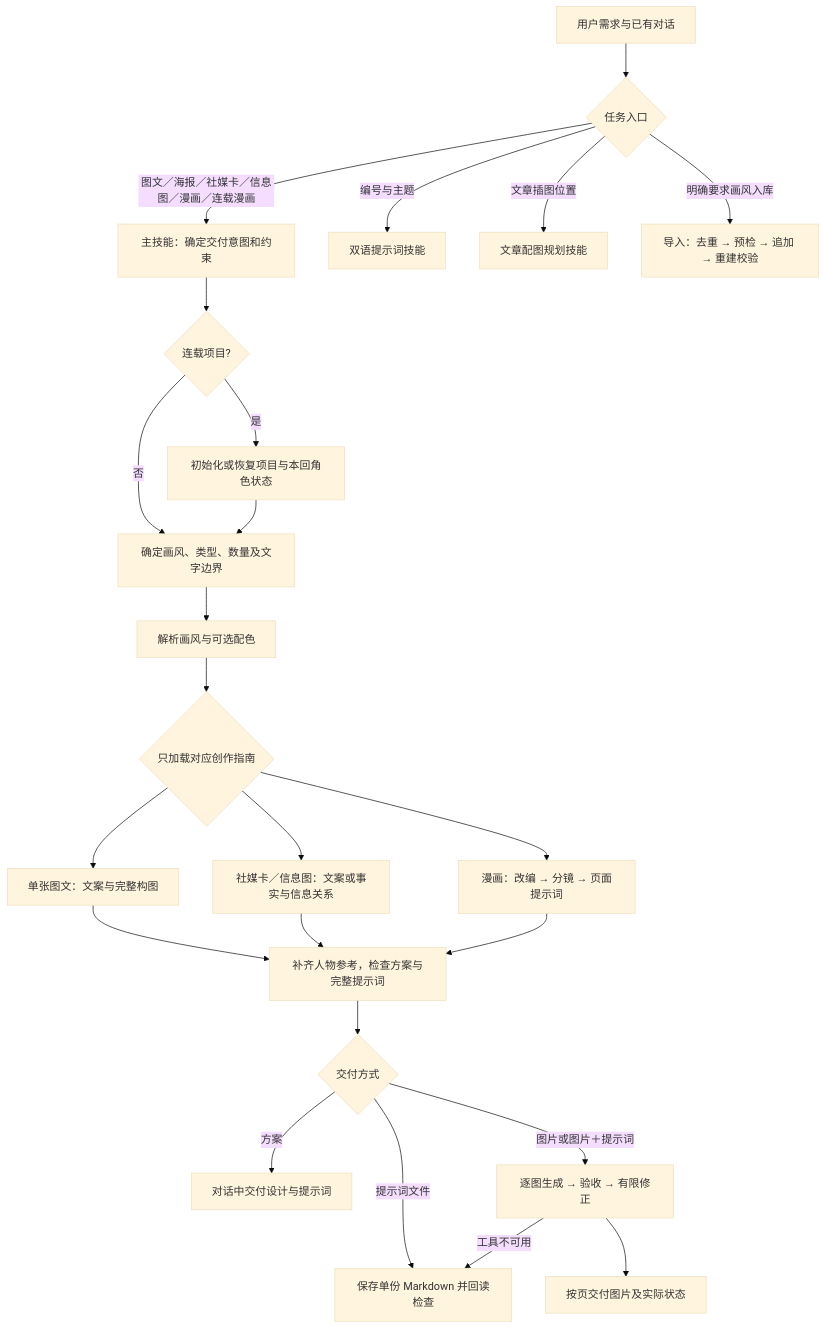
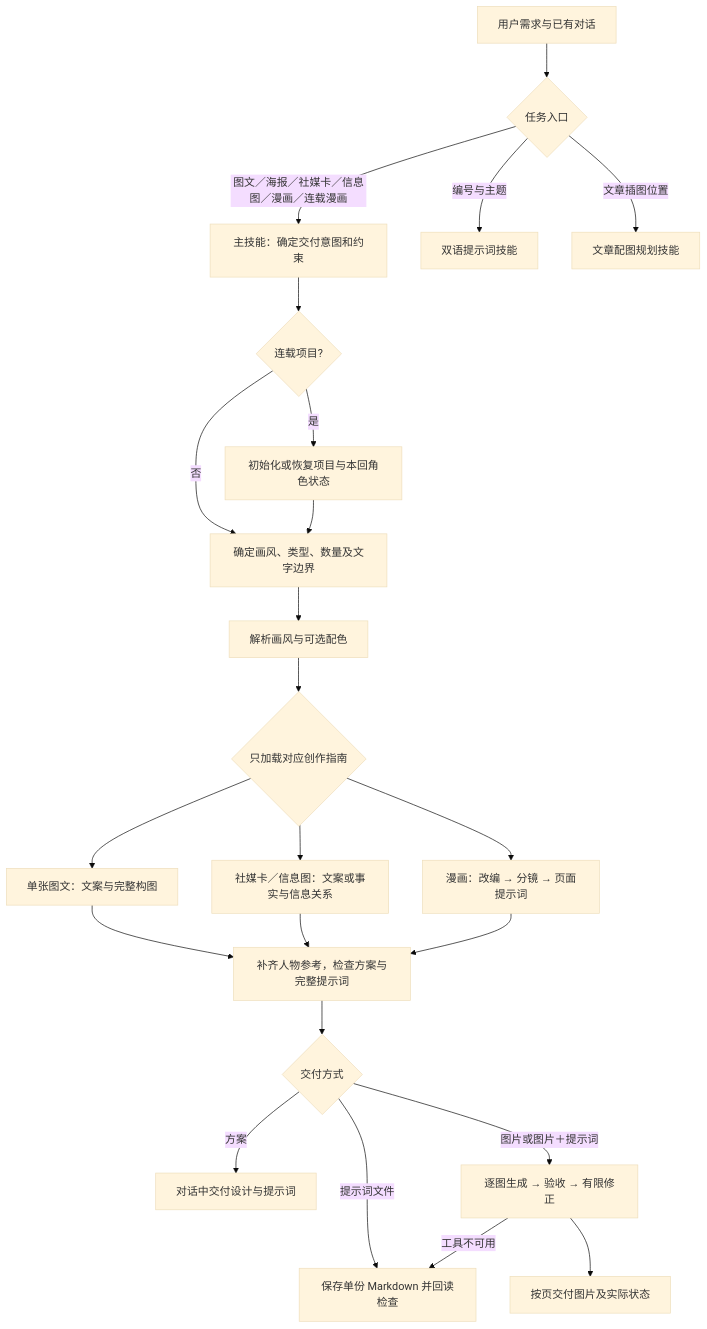
Before and after one commit to koogg/story-to-handdraw-comic: the diagram in README.md, drawn with Mermaid (base theme). The commit also changed other lines of this file and 245 other files, not shown here.

````diff
--- a/README.md
+++ b/README.md
@@ -19,26 +18,25 @@
 ```mermaid
 flowchart TD
     A[用户需求与已有对话] --> B{任务入口}
     B -->|图文／海报／社媒卡／信息图／漫画／连载漫画| C[主技能：确定交付意图和约束]
     B -->|编号与主题| P[双语提示词技能]
     B -->|文章插图位置| Q[文章配图规划技能]
-    B -->|明确要求画风入库| M[导入：去重 → 预检 → 追加 → 重建校验]
-    C --> T{连载项目?}
+        C --> T{连载项目?}
     T -->|是| U[初始化或恢复项目与本回角色状态]
     T -->|否| D[确定画风、类型、数量及文字边界]
     U --> D
     D --> E[解析画风与可选配色]
     E --> F{只加载对应创作指南}
     F --> G[单张图文：文案与完整构图]
     F --> H[社媒卡／信息图：文案或事实与信息关系]
     F --> I[漫画：改编 → 分镜 → 页面提示词]
     G --> J[补齐人物参考，检查方案与完整提示词]
     H --> J
     I --> J
     J --> K{交付方式}
     K -->|方案| L[对话中交付设计与提示词]
     K -->|提示词文件| N[保存单份 Markdown 并回读检查]
     K -->|图片或图片＋提示词| R[逐图生成 → 验收 → 有限修正]
     R -->|工具不可用| N
     R --> S[按页交付图片及实际状态]
 ```
````
